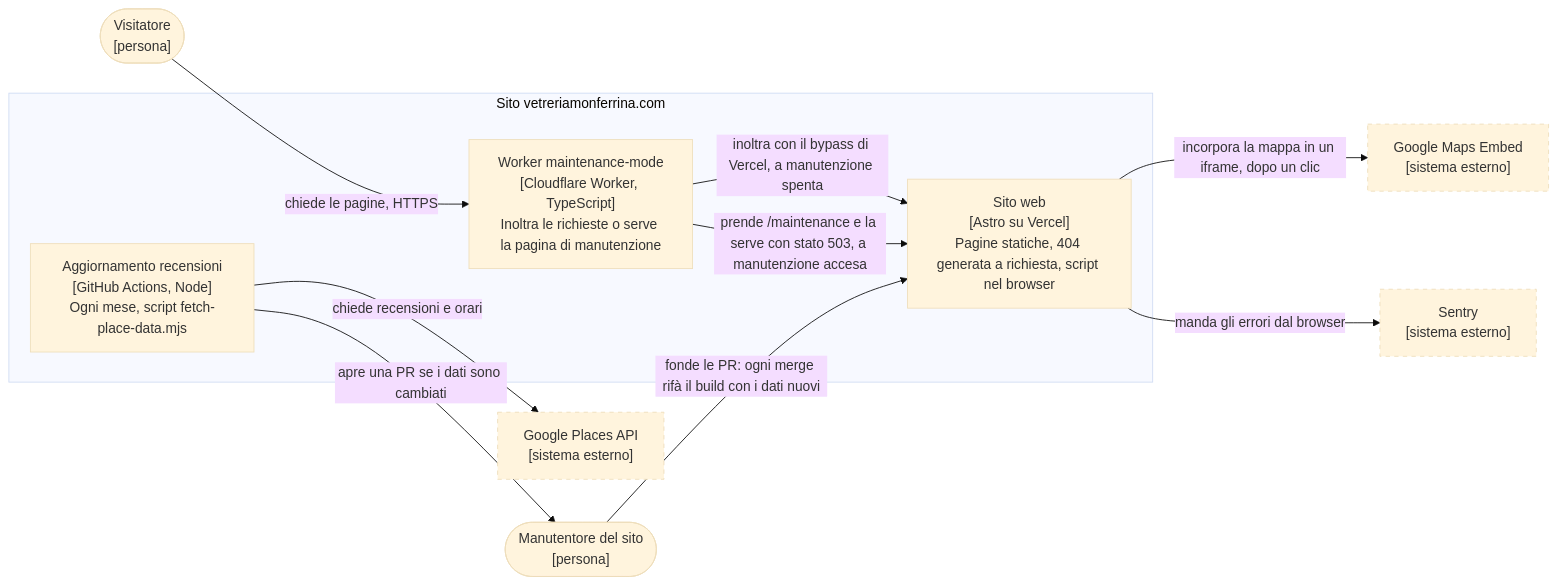
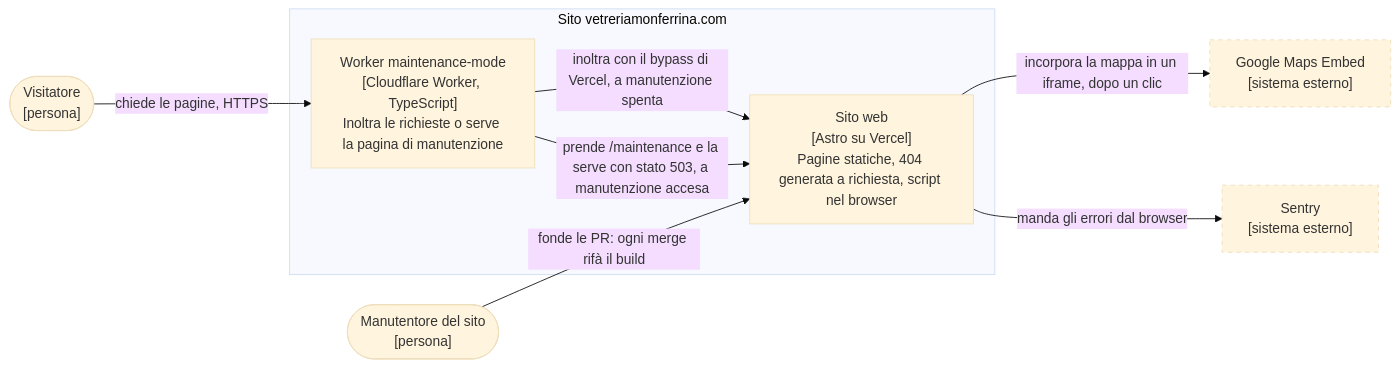
The second of 4 diagrams in docs/architettura.md (Monferrina/vetreriamonferrina.com), drawn with Mermaid (base theme) before and after one commit. The commit also changed other lines of this file and 11 other files, not shown here.

First line of the commit message:
Recensioni Google via dal sito: le gestirà monferrinoAI (NR1)

````diff
--- a/docs/architettura.md
+++ b/docs/architettura.md
@@ -55,27 +54,23 @@
 ```mermaid
 flowchart LR
   visitatore(["Visitatore<br/>[persona]"])
   manutentore(["Manutentore del sito<br/>[persona]"])
 
   subgraph sito["Sito vetreriamonferrina.com"]
     worker["Worker maintenance-mode<br/>[Cloudflare Worker, TypeScript]<br/>Inoltra le richieste o serve la pagina di manutenzione"]
     web["Sito web<br/>[Astro su Vercel]<br/>Pagine statiche, 404 generata a richiesta, script nel browser"]
-    recensioni["Aggiornamento recensioni<br/>[GitHub Actions, Node]<br/>Ogni mese, script fetch-place-data.mjs"]
   end
 
-  places["Google Places API<br/>[sistema esterno]"]
   maps["Google Maps Embed<br/>[sistema esterno]"]
   sentry["Sentry<br/>[sistema esterno]"]
 
   visitatore -->|"chiede le pagine, HTTPS"| worker
   worker -->|"inoltra con il bypass di Vercel, a manutenzione spenta"| web
   worker -->|"prende /maintenance e la serve con stato 503, a manutenzione accesa"| web
   web -->|"incorpora la mappa in un iframe, dopo un clic"| maps
   web -->|"manda gli errori dal browser"| sentry
-  recensioni -->|"chiede recensioni e orari"| places
-  recensioni -->|"apre una PR se i dati sono cambiati"| manutentore
-  manutentore -->|"fonde le PR: ogni merge rifà il build con i dati nuovi"| web
+  manutentore -->|"fonde le PR: ogni merge rifà il build"| web
 
   classDef esterno stroke-dasharray: 5 5
-  class places,maps,sentry esterno
+  class maps,sentry esterno
 ```
````
